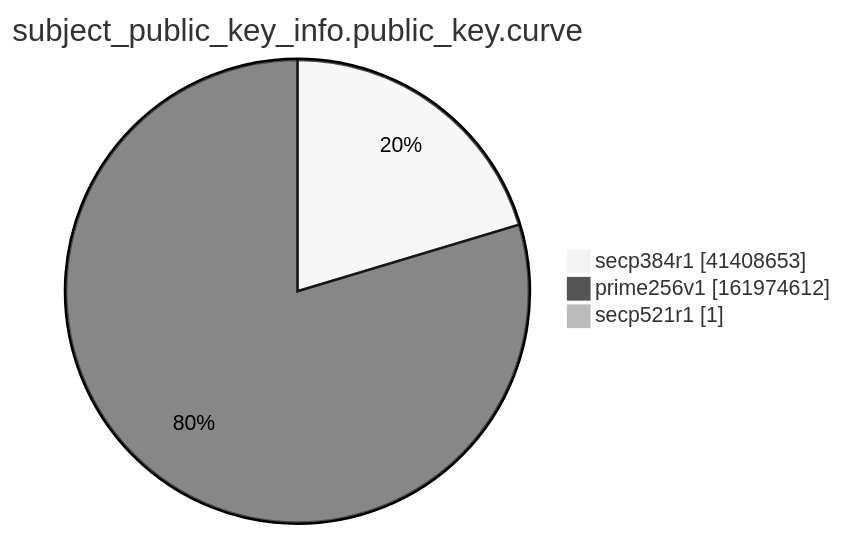
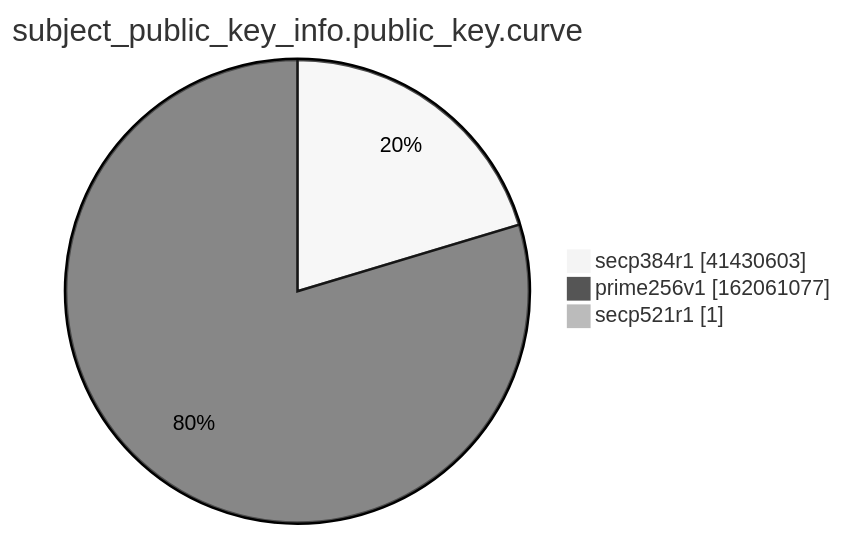
One commit to christiankrug/ctmonitor_visualization changed the ninth of 15 diagrams in xenon2022/README.md. Above: the diagram before and after it, drawn with Mermaid (neutral theme). The commit also changed other lines of this file, not shown here.

````diff
--- a/xenon2022/README.md
+++ b/xenon2022/README.md
@@ -2868,7 +2868,7 @@
 ```mermaid
 pie showData
 title subject_public_key_info.public_key.curve
-"secp384r1" :41408653
-"prime256v1" :161974612
+"secp384r1" :41430603
+"prime256v1" :162061077
 "secp521r1" :1
 ```
````
